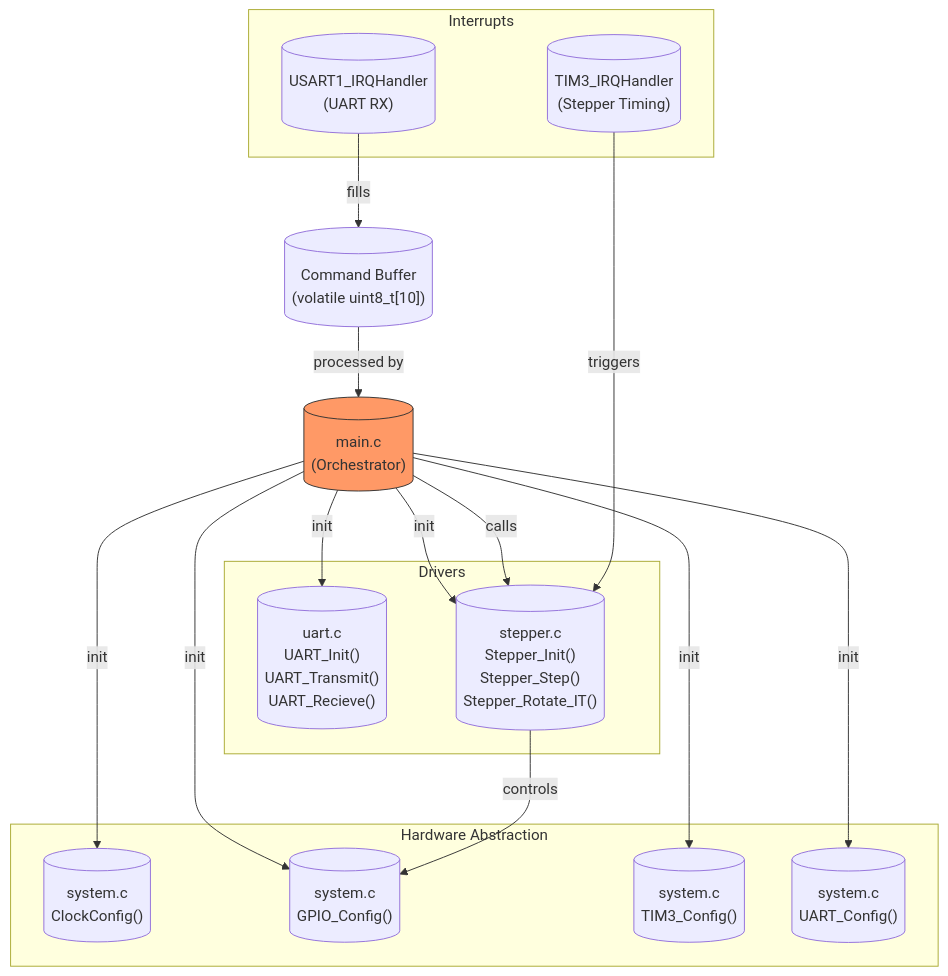
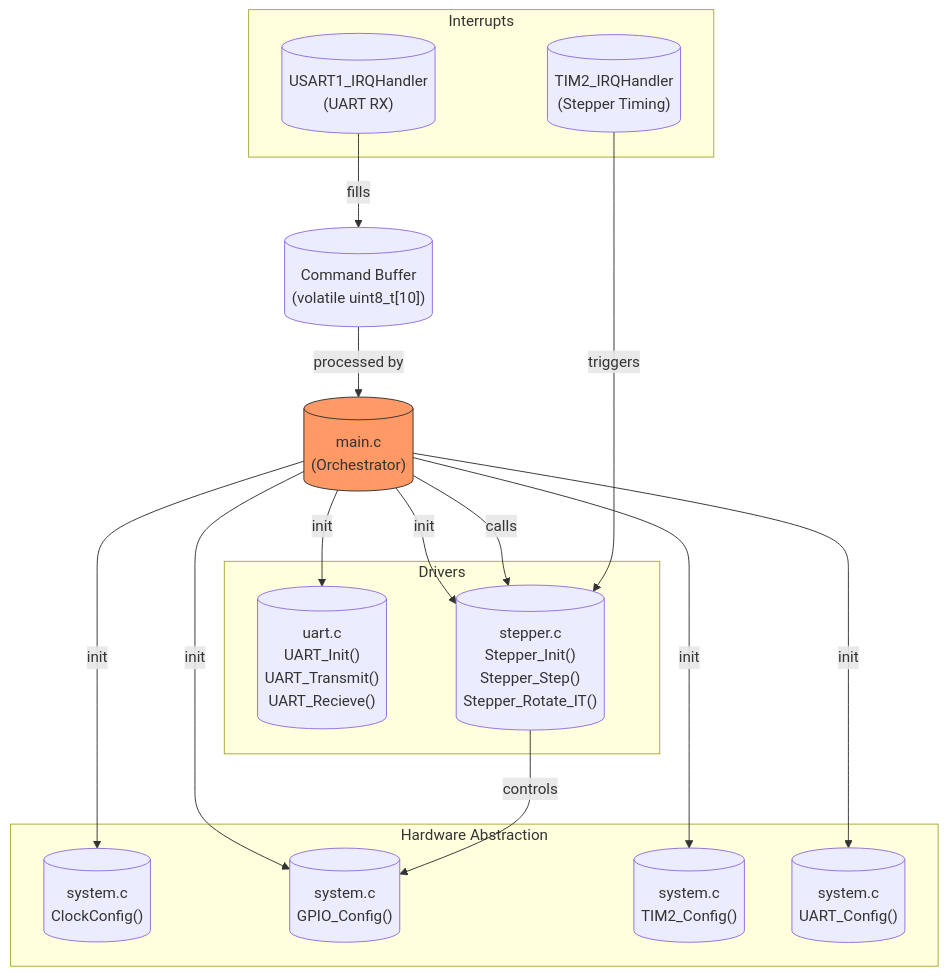
One commit to PortiaLabiata/Proba_stepper changed the diagram in README.md. Above: the diagram before and after it, drawn with Mermaid. The commit also changed 5 other files, not shown here.

````diff
--- a/README.md
+++ b/README.md
@@ -3,43 +3,43 @@
 ```mermaid
 flowchart TD
  subgraph HAL["Hardware Abstraction"]
         clock[("system.c
         ClockConfig()")]
         gpio[("system.c
         GPIO_Config()")]
         tim[("system.c
-        TIM3_Config()")]
+        TIM2_Config()")]
         uart_conf[("system.c
         UART_Config()")]
   end
  subgraph DRIVERS["Drivers"]
         uart[("uart.c
         UART_Init()
         UART_Transmit()
         UART_Recieve()")]
         stepper[("stepper.c
         Stepper_Init()
         Stepper_Step()
         Stepper_Rotate_IT()")]
   end
  subgraph ISRs["Interrupts"]
         uart_isr[("USART1_IRQHandler
         (UART RX)")]
-        tim_isr[("TIM3_IRQHandler
+        tim_isr[("TIM2_IRQHandler
         (Stepper Timing)")]
   end
     main[("main.c
     (Orchestrator)")] -- init --> clock & gpio & tim & uart & stepper & uart_conf
     uart_isr -- fills --> buffer[("Command Buffer
     (volatile uint8_t[10])")]
     buffer -- processed by --> main
     main -- calls --> stepper
     tim_isr -- triggers --> stepper
     stepper -- controls --> gpio
 
      main:::orange
     classDef orange fill:#f96,stroke:#333
     classDef blue fill:#6af,stroke:#333
     classDef green fill:#5d5,stroke:#333
 
 ```
````
